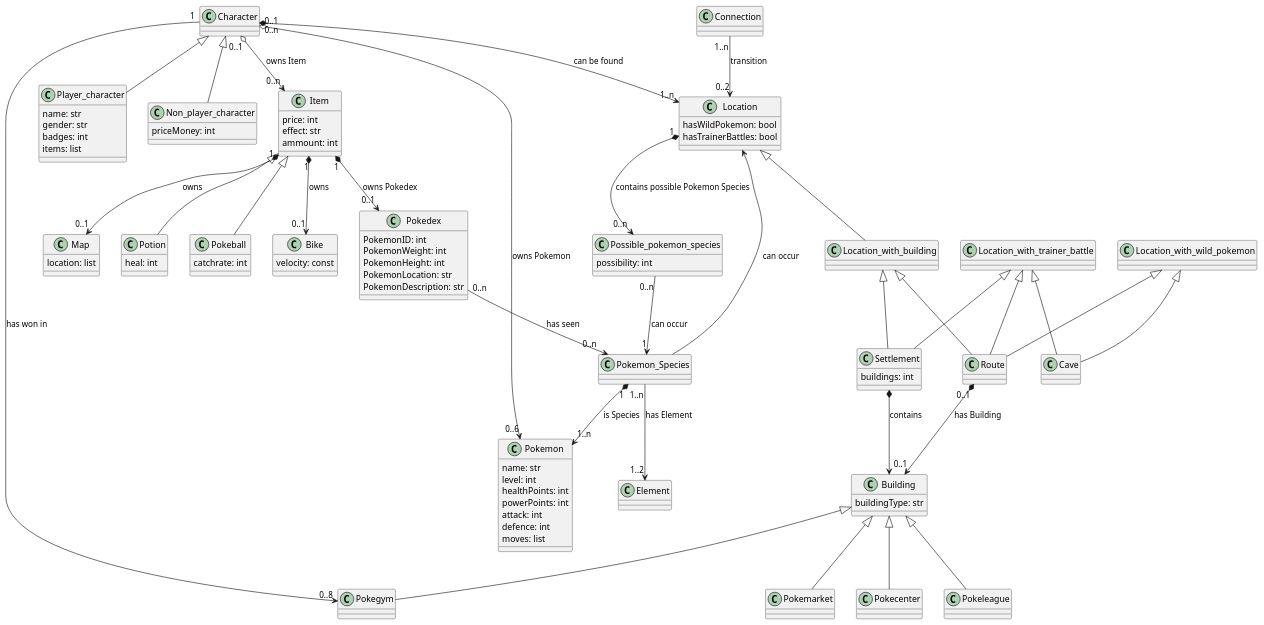
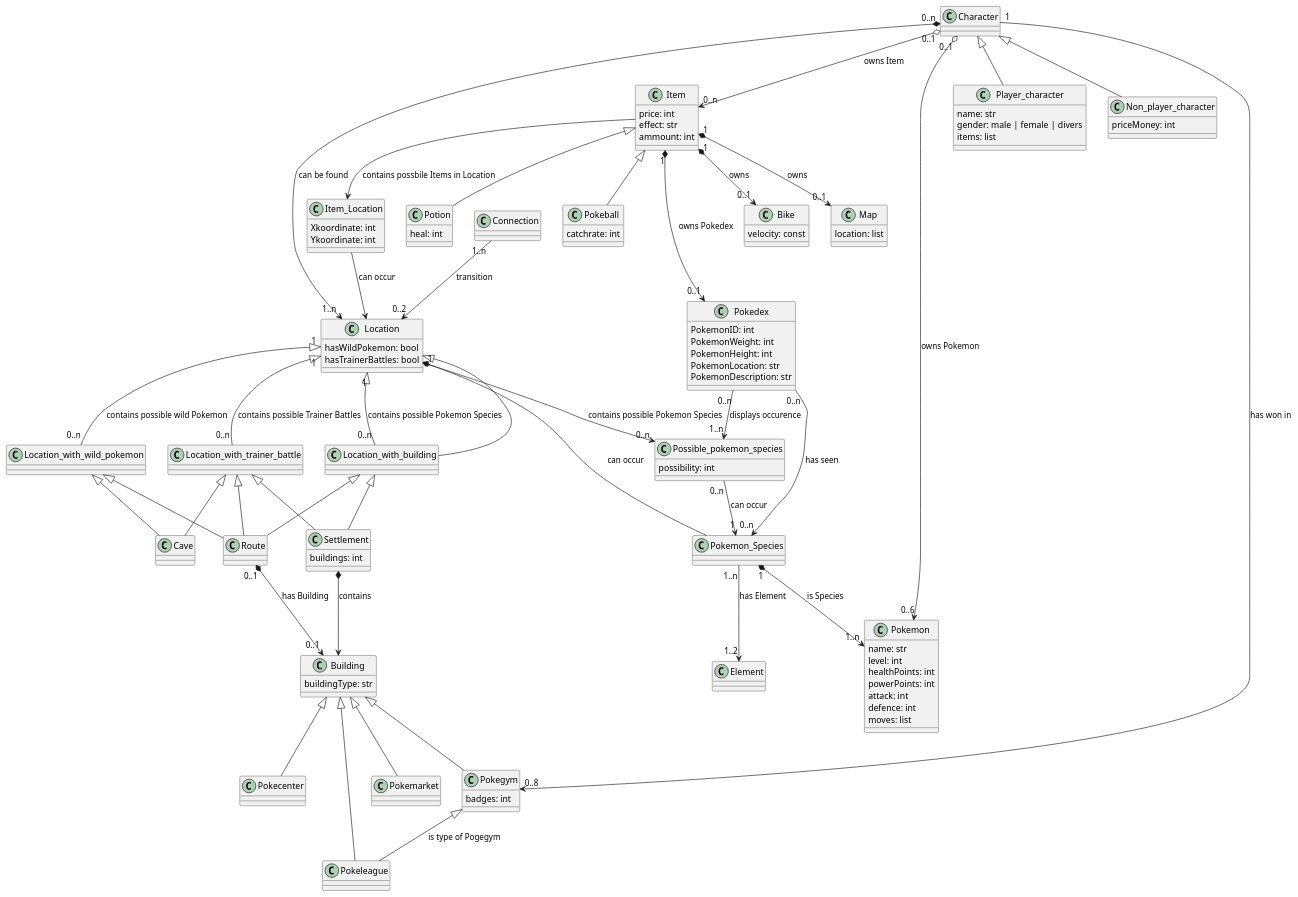
One commit to Silivanili/pokemonmodeling changed the diagram in Pokemonmodeling.puml. Above: the diagram before and after it, drawn with PlantUML.

Commit message:
small changes and added some relations

```diff
--- a/Pokemonmodeling.puml
+++ b/Pokemonmodeling.puml
@@ -25,8 +25,7 @@
 
 class Player_character{
     name: str
-    gender: str 
-    badges: int
+    gender: male | female | divers 
     items: list 
 
 }
@@ -93,6 +92,8 @@
 }
 
 class Pokegym {
+    badges: int
+
 }
 
 class Pokeleague {
@@ -124,6 +125,14 @@
 class Possible_pokemon_species {
     possibility: int 
 }
+
+class Item_Location {
+    Xkoordinate: int
+    Ykoordinate: int 
+
+
+}
+
 
 
 Character <|-- Player_character
@@ -188,6 +197,20 @@
 
 Location "1" *--> "0..n" Possible_pokemon_species: contains possible Pokemon Species
 
+Location "1" <|-- "0..n" Location_with_building: contains possible Pokemon Species
+
+Location "1" <|-- "0..n" Location_with_trainer_battle: contains possible Trainer Battles
+
+Location "1" <|-- "0..n" Location_with_wild_pokemon: contains possible wild Pokemon
+
 Possible_pokemon_species "0..n" --> "1" Pokemon_Species: can occur 
 
+Pokedex "0..n" --> "1..n" Possible_pokemon_species: displays occurence
+
+Pokegym <|-- Pokeleague: is type of Pogegym
+
+Item --> Item_Location: contains possbile Items in Location 
+
+Item_Location --> Location: can occur 
+
 @enduml
```
